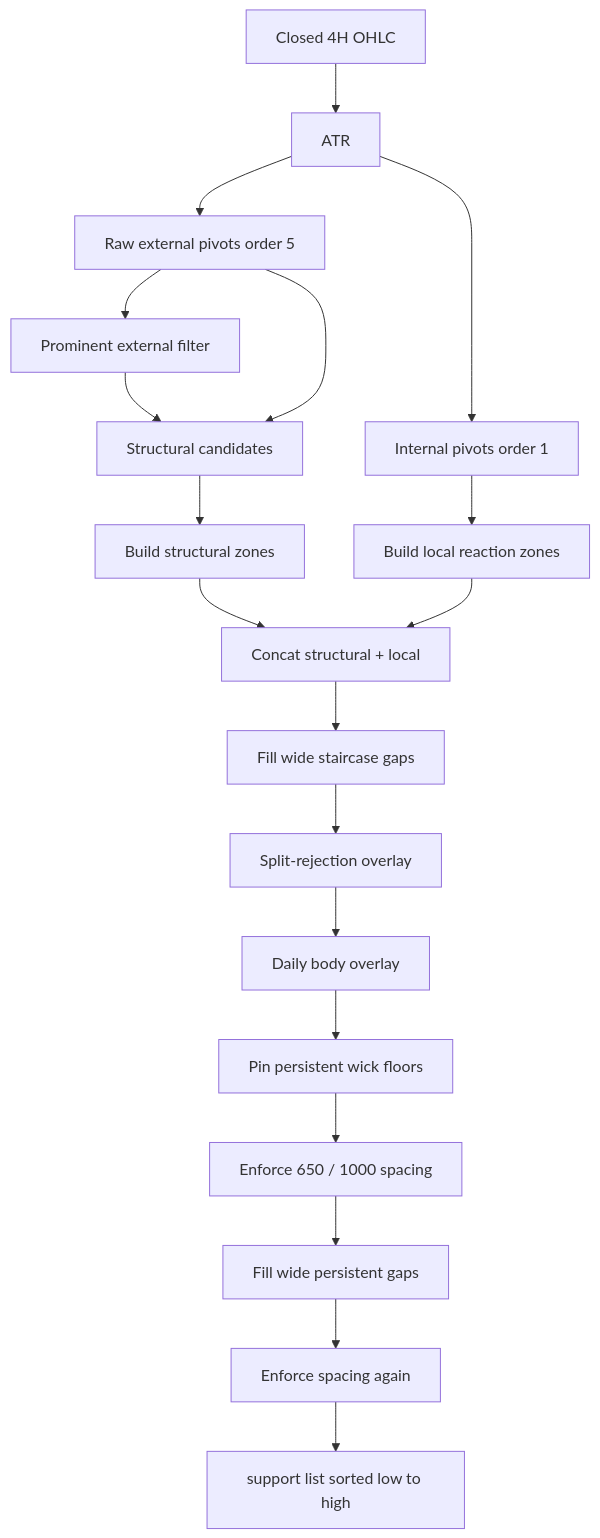
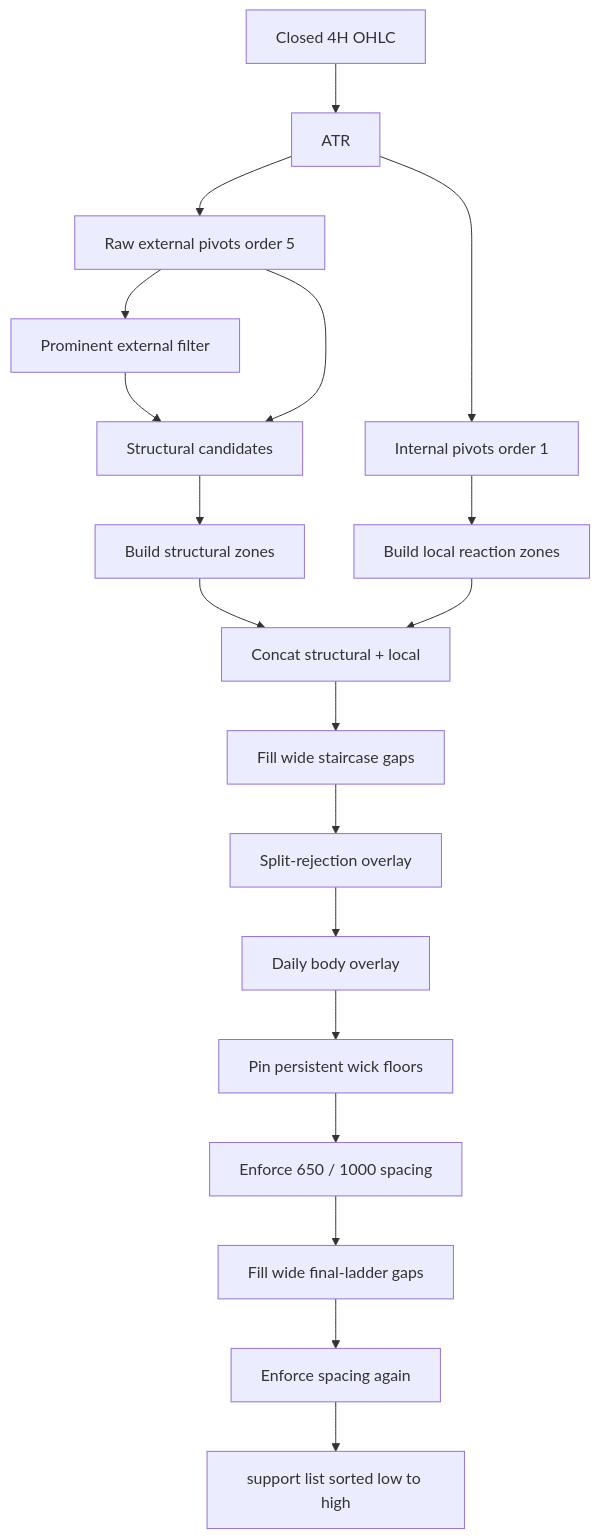
Before and after one commit to lx-production/buy_dips: the diagram in zones finder algo overview.md, drawn with Mermaid. The commit also changed other lines of this file and 5 other files, not shown here.

Commit message:
Refactor support zone gap filling logic to recover reclaimed-high stairs in final spaced ladder; update documentation and tests to reflect changes in gap-filling criteria and edge gap calculations.

````diff
--- a/zones finder algo overview.md
+++ b/zones finder algo overview.md
@@ -92,21 +93,21 @@
 ```mermaid
 flowchart TD
     ohlc[Closed 4H OHLC] --> atr[ATR]
     atr --> rawExt[Raw external pivots order 5]
     atr --> internal[Internal pivots order 1]
     rawExt --> prominent[Prominent external filter]
     prominent --> candidates[Structural candidates]
     rawExt --> candidates
     candidates --> structural[Build structural zones]
     internal --> local[Build local reaction zones]
     structural --> concat[Concat structural + local]
     local --> concat
     concat --> stairs[Fill wide staircase gaps]
     stairs --> reject[Split-rejection overlay]
     reject --> daily[Daily body overlay]
     daily --> persist[Pin persistent wick floors]
     persist --> space1[Enforce 650 / 1000 spacing]
-    space1 --> persistGaps[Fill wide persistent gaps]
+    space1 --> persistGaps[Fill wide final-ladder gaps]
     persistGaps --> space2[Enforce spacing again]
     space2 --> support[support list sorted low to high]
 ```
````
